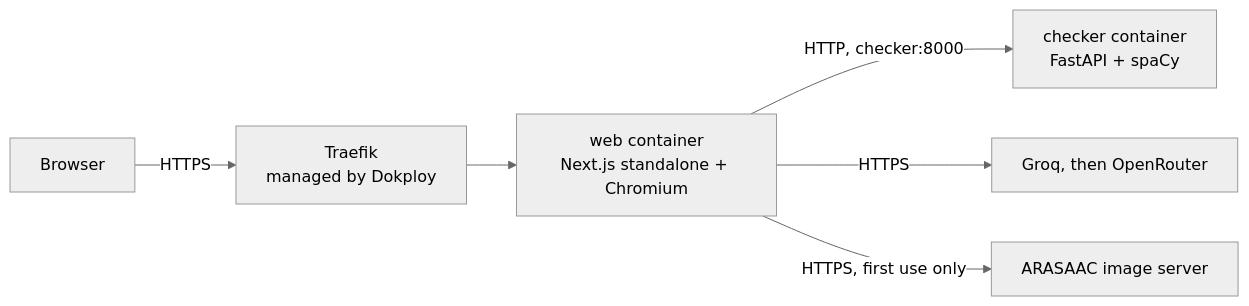
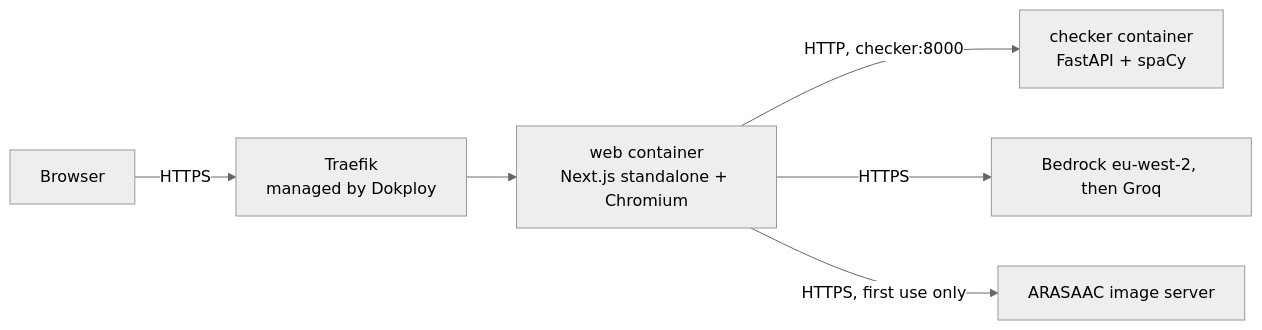
One commit to wendoj/easy-read-engine changed the third of 3 diagrams in .kiro/specs/easy-read/design.md. Above: the diagram before and after it, drawn with Mermaid (neutral theme). The commit also changed other lines of this file and 13 other files, not shown here.

First line of the commit message:
feat(web): move model chains to bedrock eu-west-2 with groq fallback

````diff
--- a/.kiro/specs/easy-read/design.md
+++ b/.kiro/specs/easy-read/design.md
@@ -476,8 +478,8 @@
 ```mermaid
 flowchart LR
   U[Browser] -- HTTPS --> T[Traefik<br/>managed by Dokploy]
   T --> W[web container<br/>Next.js standalone + Chromium]
   W -->|"HTTP, checker:8000"| C[checker container<br/>FastAPI + spaCy]
-  W -->|HTTPS| G[Groq, then OpenRouter]
+  W -->|HTTPS| G[Bedrock eu-west-2, then Groq]
   W -->|"HTTPS, first use only"| A[ARASAAC image server]
 ```
````
